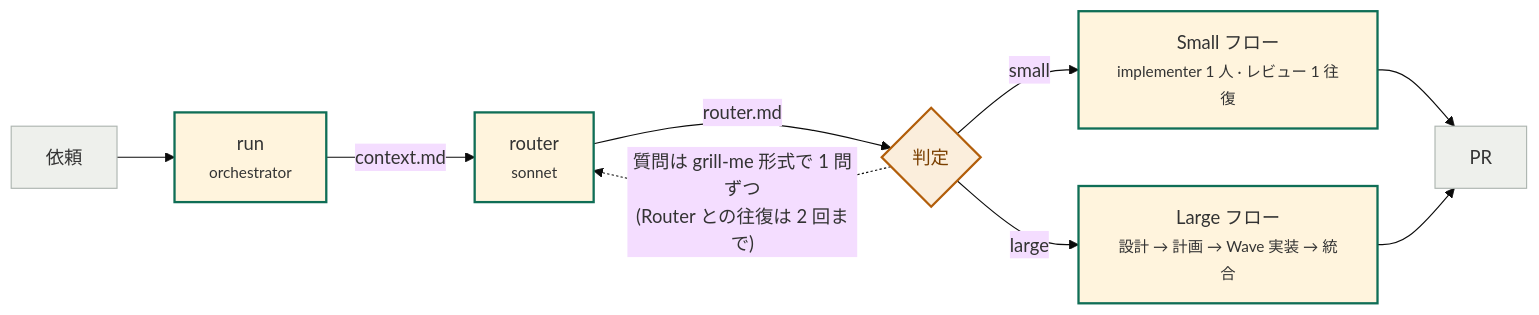
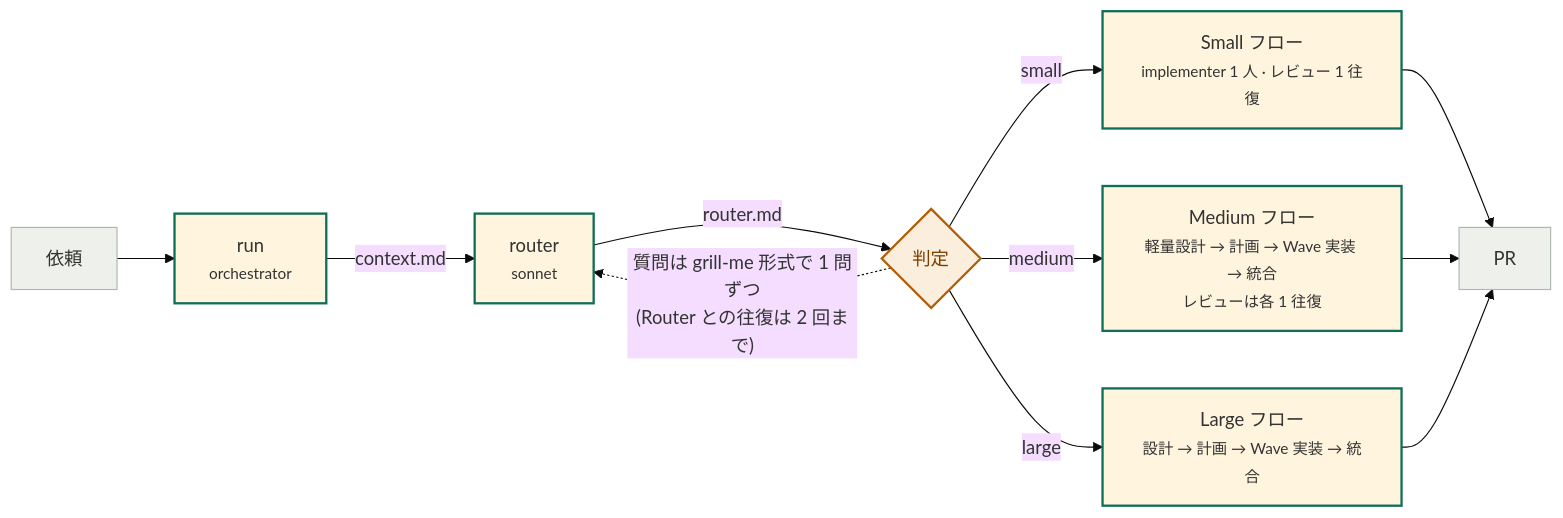
The first of 12 diagrams in docs/tama-cc-devflow.md (tamashiro-syuta/tama-cc-kit), drawn with Mermaid (base theme) before and after one commit. The commit also changed other lines of this file and 13 other files, not shown here.

First line of the commit message:
feat: Small / Medium / Large の 3 段階ルーティングと Medium フローを追加

````diff
--- a/docs/tama-cc-devflow.md
+++ b/docs/tama-cc-devflow.md
@@ -47,19 +48,21 @@
 ```mermaid
 flowchart LR
     classDef agent stroke:#0f6e56,stroke-width:2px
     classDef human fill:#fbeedc,stroke:#b25e0a,stroke-width:2px,color:#7a3f00
     classDef plain fill:#eef0ec,stroke:#aeb6b1
 
     req[依頼]:::plain
     run["run<br/><small>orchestrator</small>"]:::agent
     router["router<br/><small>sonnet</small>"]:::agent
     judge{判定}:::human
     small["Small フロー<br/><small>implementer 1 人 · レビュー 1 往復</small>"]:::agent
+    medium["Medium フロー<br/><small>軽量設計 → 計画 → Wave 実装 → 統合<br/>レビューは各 1 往復</small>"]:::agent
     large["Large フロー<br/><small>設計 → 計画 → Wave 実装 → 統合</small>"]:::agent
     pr[PR]:::plain
 
     req --> run -- context.md --> router -- router.md --> judge
     judge -- small --> small --> pr
+    judge -- medium --> medium --> pr
     judge -- large --> large --> pr
     judge -. "質問は grill-me 形式で 1 問ずつ<br/>(Router との往復は 2 回まで)" .-> router
 ```
````
